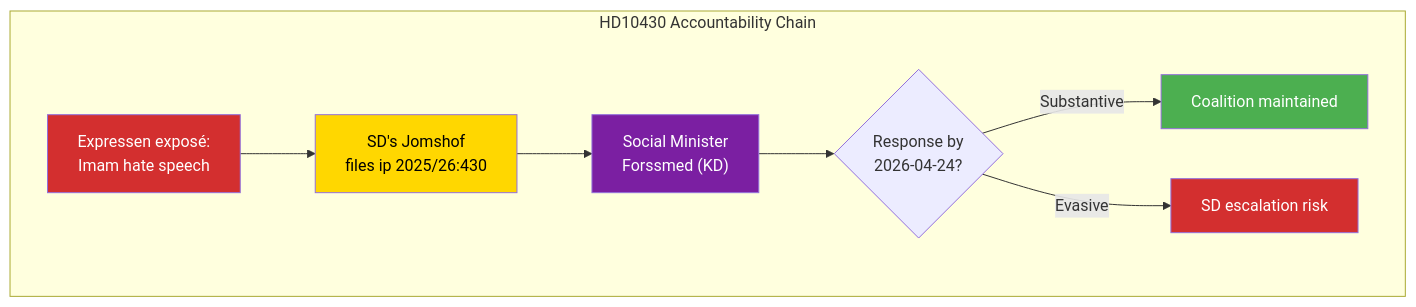
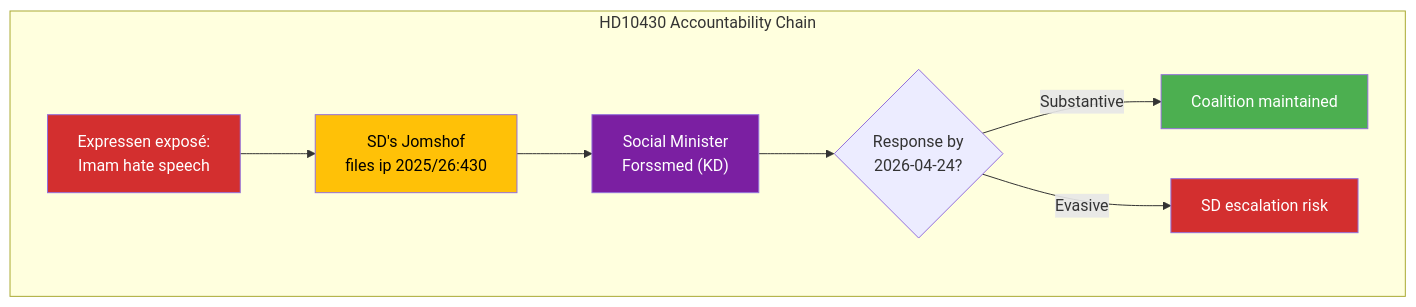
Before and after one commit to Hack23/riksdagsmonitor: the diagram in analysis/daily/2026-04-08/interpellations/documents/hd10430-analysis.md, drawn with Mermaid. The commit also changed 121 other files, not shown here.

````diff
--- a/analysis/daily/2026-04-08/interpellations/documents/hd10430-analysis.md
+++ b/analysis/daily/2026-04-08/interpellations/documents/hd10430-analysis.md
@@ -45,15 +45,15 @@
 ```mermaid
 graph TD
     subgraph "HD10430 Accountability Chain"
         A["Expressen exposé:<br/>Imam hate speech"] --> B["SD's Jomshof<br/>files ip 2025/26:430"]
         B --> C["Social Minister<br/>Forssmed (KD)"]
         C --> D{"Response by<br/>2026-04-24?"}
         D -->|Substantive| E["Coalition maintained"]
         D -->|Evasive| F["SD escalation risk"]
     end
     style A fill:#D32F2F,color:#FFFFFF
-    style B fill:#ffd700,color:#000000
+    style B fill:#FFC107,color:#000000
     style C fill:#7B1FA2,color:#FFFFFF
     style E fill:#4CAF50,color:#FFFFFF
     style F fill:#D32F2F,color:#FFFFFF
 ```
````
